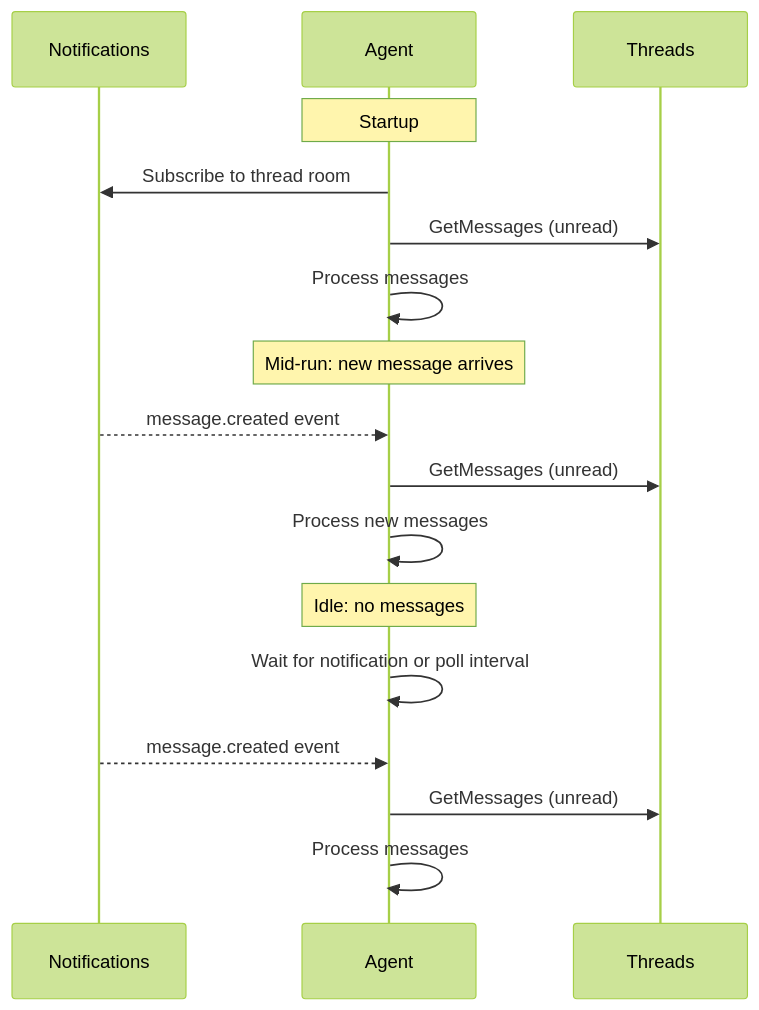
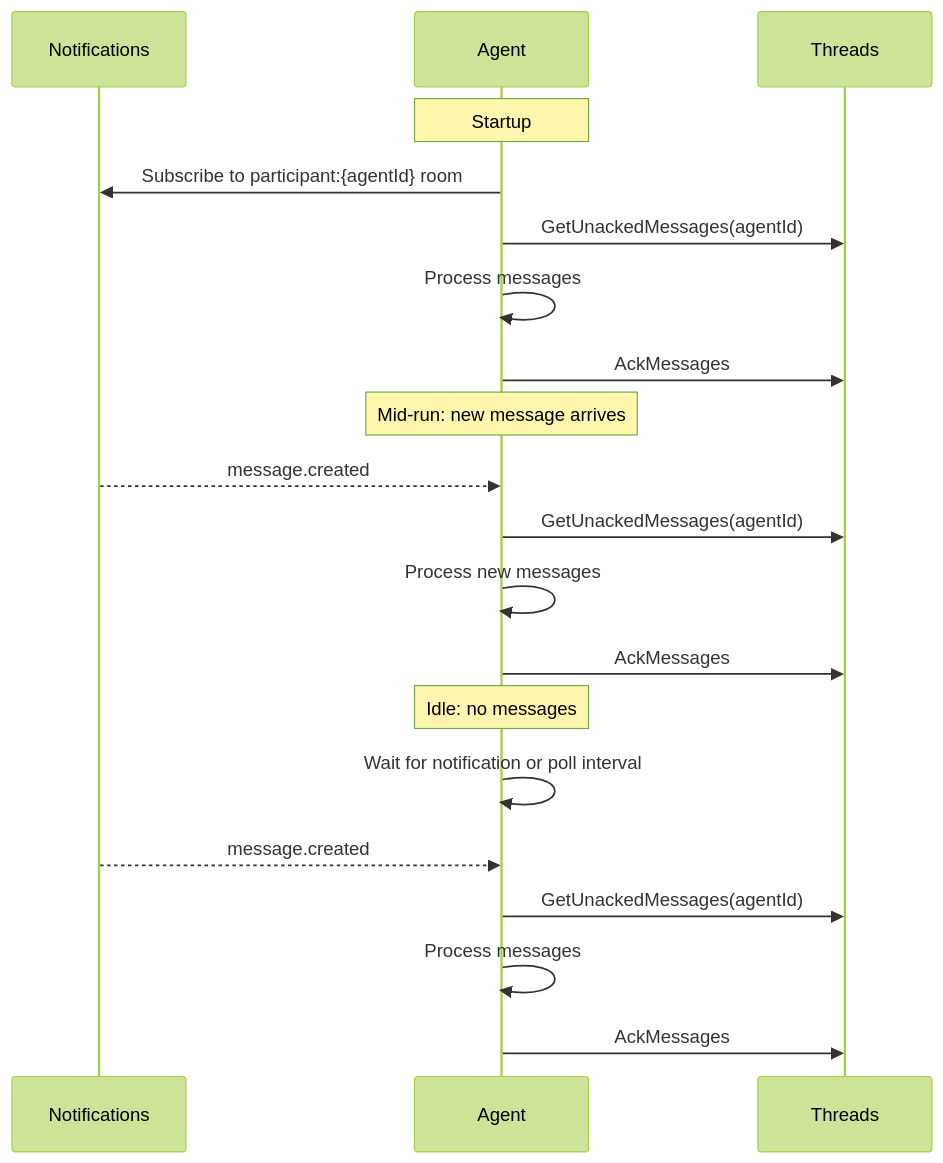
One commit to agynio/architecture changed the second of 4 diagrams in architecture/agent/overview.md. Above: the diagram before and after it, drawn with Mermaid (forest theme). The commit also changed other lines of this file and 9 other files, not shown here.

First line of the commit message:
Decide message delivery: notifications + pull with participant-scoped ack

````diff
--- a/architecture/agent/overview.md
+++ b/architecture/agent/overview.md
@@ -53,22 +54,25 @@
 ```mermaid
 sequenceDiagram
     participant N as Notifications
     participant A as Agent
     participant T as Threads
 
     Note over A: Startup
-    A->>N: Subscribe to thread room
-    A->>T: GetMessages (unread)
+    A->>N: Subscribe to participant:{agentId} room
+    A->>T: GetUnackedMessages(agentId)
     A->>A: Process messages
+    A->>T: AckMessages
 
     Note over A: Mid-run: new message arrives
-    N-->>A: message.created event
-    A->>T: GetMessages (unread)
+    N-->>A: message.created
+    A->>T: GetUnackedMessages(agentId)
     A->>A: Process new messages
+    A->>T: AckMessages
 
     Note over A: Idle: no messages
     A->>A: Wait for notification or poll interval
-    N-->>A: message.created event
-    A->>T: GetMessages (unread)
+    N-->>A: message.created
+    A->>T: GetUnackedMessages(agentId)
     A->>A: Process messages
+    A->>T: AckMessages
 ```
````
